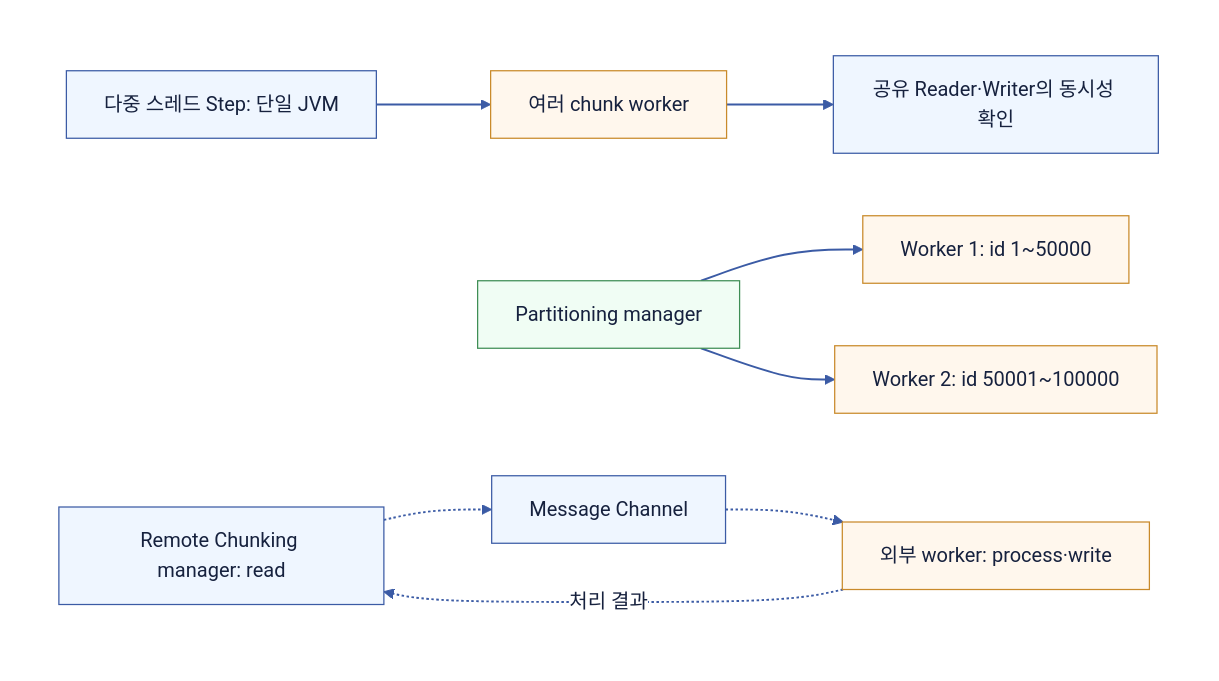
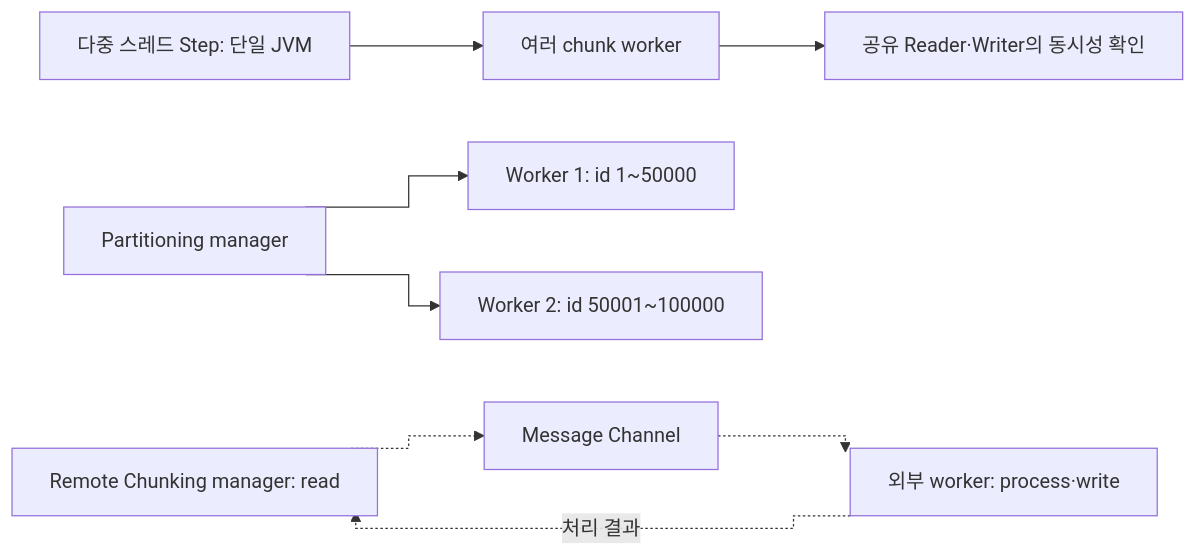
Before and after one commit to Hyune-s-lab/my-ai-study: the fourth of 4 diagrams in spring/2608-spring-batch.md, drawn with Mermaid. The commit also changed other lines of this file and 49 other files, not shown here.

Commit message:
docs: 단순 다이어그램은 Mermaid로, 복잡한 배치는 SVG로 정리

````diff
--- a/spring/2608-spring-batch.md
+++ b/spring/2608-spring-batch.md
@@ -287,23 +267,20 @@
 ```mermaid
 flowchart LR
-%%{init: {"theme": "base", "darkMode": false, "themeVariables": {"background": "#ffffff", "primaryColor": "#EFF6FF", "primaryTextColor": "#16213E", "primaryBorderColor": "#3B5BA5", "secondaryColor": "#F0FDF4", "tertiaryColor": "#FAF5FF", "lineColor": "#3B5BA5", "textColor": "#16213E", "edgeLabelBackground": "#ffffff", "clusterBkg": "#F8FAFC", "clusterBorder": "#CBD5E1"}}}%%
-  subgraph canvas[" "]
-    direction LR
-    mt["다중 스레드 Step: 단일 JVM"] --> threads["여러 chunk worker"]
-    threads --> shared["공유 Reader·Writer의 동시성 확인"]
-    part["Partitioning manager"] --> w1["Worker 1: id 1~50000"]
-    part --> w2["Worker 2: id 50001~100000"]
-    remote["Remote Chunking manager: read"] -.-> mq["Message Channel"]
-    mq -.-> workers["외부 worker: process·write"]
-    workers -.->|"처리 결과"| remote
-  end
-  style canvas fill:#ffffff,stroke:#ffffff,color:#111827
-  linkStyle default stroke:#3B5BA5,stroke-width:1.5px
-  classDef app fill:#EFF6FF,stroke:#3B5BA5,stroke-width:1px,color:#16213E
-  class mt,shared,remote,mq app
-  classDef db fill:#F0FDF4,stroke:#3F8E55,stroke-width:1px,color:#16213E
-  class part db
-  classDef policy fill:#FAF5FF,stroke:#A855F7,stroke-width:1px,color:#16213E
-  classDef worker fill:#FFF7ED,stroke:#C98A2B,stroke-width:1px,color:#16213E
-  class threads,w1,w2,workers worker
+%%{init: {"flowchart": {"curve": "stepAfter", "wrappingWidth": 400}}}%%
+  n_mt["다중 스레드 Step: 단일 JVM"]
+  n_threads["여러 chunk worker"]
+  n_shared["공유 Reader·Writer의 동시성 확인"]
+  n_part["Partitioning manager"]
+  n_w1["Worker 1: id 1~50000"]
+  n_w2["Worker 2: id 50001~100000"]
+  n_remote["Remote Chunking manager: read"]
+  n_mq["Message Channel"]
+  n_workers["외부 worker: process·write"]
+  n_mt --> n_threads
+  n_threads --> n_shared
+  n_part --> n_w1
+  n_part --> n_w2
+  n_remote -.-> n_mq
+  n_mq -.-> n_workers
+  n_workers -.->|"처리 결과"| n_remote
 ```
````
